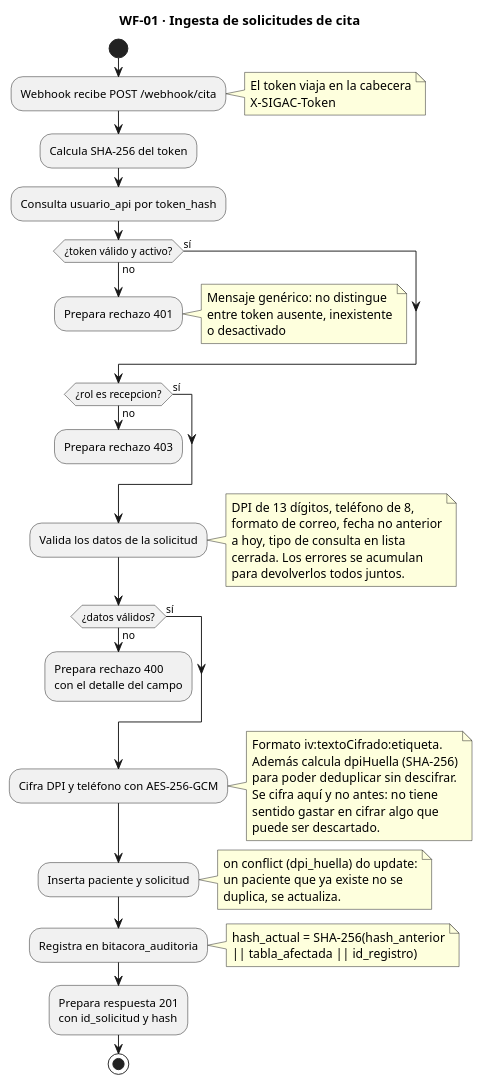
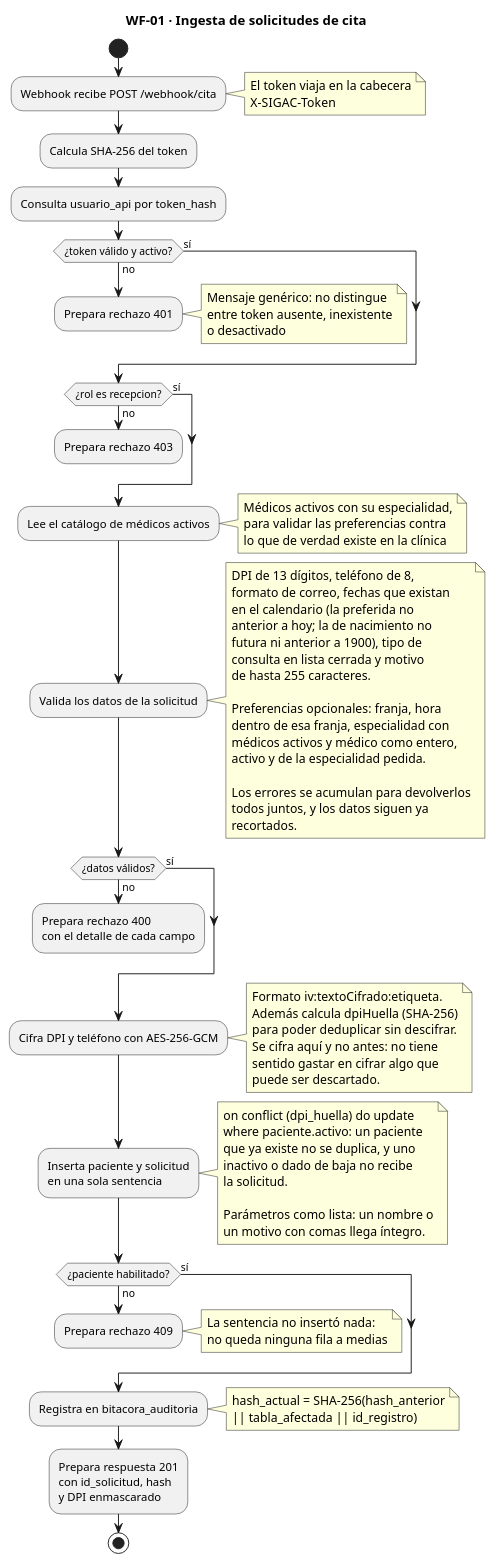
Before and after one commit to JOMALLMM1116/ProyectoSIGAC: the diagram in docs/uml/FlujoPrincipal.puml, drawn with PlantUML. The commit also changed 6 other files, not shown here.

Commit message:
:memo: diagramas UML actualizados a WF-07 a WF-09, casos de uso rehecho y PDF nuevo

```diff
--- a/docs/uml/FlujoPrincipal.puml
+++ b/docs/uml/FlujoPrincipal.puml
@@ -1,74 +1,107 @@
 @startuml FlujoPrincipal_WF01
 title WF-01 · Ingesta de solicitudes de cita
 
 start
 
 :Webhook recibe POST /webhook/cita;
 note right
   El token viaja en la cabecera
   X-SIGAC-Token
 end note
 
 :Calcula SHA-256 del token;
 :Consulta usuario_api por token_hash;
 
 if (¿token válido y activo?) then (no)
   :Prepara rechazo 401;
   note right
     Mensaje genérico: no distingue
     entre token ausente, inexistente
     o desactivado
   end note
   detach
 else (sí)
 endif
 
 if (¿rol es recepcion?) then (no)
   :Prepara rechazo 403;
   detach
 else (sí)
 endif
 
+:Lee el catálogo de médicos activos;
+note right
+  Médicos activos con su especialidad,
+  para validar las preferencias contra
+  lo que de verdad existe en la clínica
+end note
+
 :Valida los datos de la solicitud;
 note right
   DPI de 13 dígitos, teléfono de 8,
-  formato de correo, fecha no anterior
-  a hoy, tipo de consulta en lista
-  cerrada. Los errores se acumulan
-  para devolverlos todos juntos.
+  formato de correo, fechas que existan
+  en el calendario (la preferida no
+  anterior a hoy; la de nacimiento no
+  futura ni anterior a 1900), tipo de
+  consulta en lista cerrada y motivo
+  de hasta 255 caracteres.
+
+  Preferencias opcionales: franja, hora
+  dentro de esa franja, especialidad con
+  médicos activos y médico como entero,
+  activo y de la especialidad pedida.
+
+  Los errores se acumulan para devolverlos
+  todos juntos, y los datos siguen ya
+  recortados.
 end note
 
 if (¿datos válidos?) then (no)
-  :Prepara rechazo 400\ncon el detalle del campo;
+  :Prepara rechazo 400\ncon el detalle de cada campo;
   detach
 else (sí)
 endif
 
 :Cifra DPI y teléfono con AES-256-GCM;
 note right
   Formato iv:textoCifrado:etiqueta.
   Además calcula dpiHuella (SHA-256)
   para poder deduplicar sin descifrar.
   Se cifra aquí y no antes: no tiene
   sentido gastar en cifrar algo que
   puede ser descartado.
 end note
 
-:Inserta paciente y solicitud;
+:Inserta paciente y solicitud\nen una sola sentencia;
 note right
-  on conflict (dpi_huella) do update:
-  un paciente que ya existe no se
-  duplica, se actualiza.
+  on conflict (dpi_huella) do update
+  where paciente.activo: un paciente
+  que ya existe no se duplica, y uno
+  inactivo o dado de baja no recibe
+  la solicitud.
+
+  Parámetros como lista: un nombre o
+  un motivo con comas llega íntegro.
 end note
+
+if (¿paciente habilitado?) then (no)
+  :Prepara rechazo 409;
+  note right
+    La sentencia no insertó nada:
+    no queda ninguna fila a medias
+  end note
+  detach
+else (sí)
+endif
 
 :Registra en bitacora_auditoria;
 note right
   hash_actual = SHA-256(hash_anterior
   || tabla_afectada || id_registro)
 end note
 
-:Prepara respuesta 201\ncon id_solicitud y hash;
+:Prepara respuesta 201\ncon id_solicitud, hash\ny DPI enmascarado;
 
 stop
 
 @enduml
```
